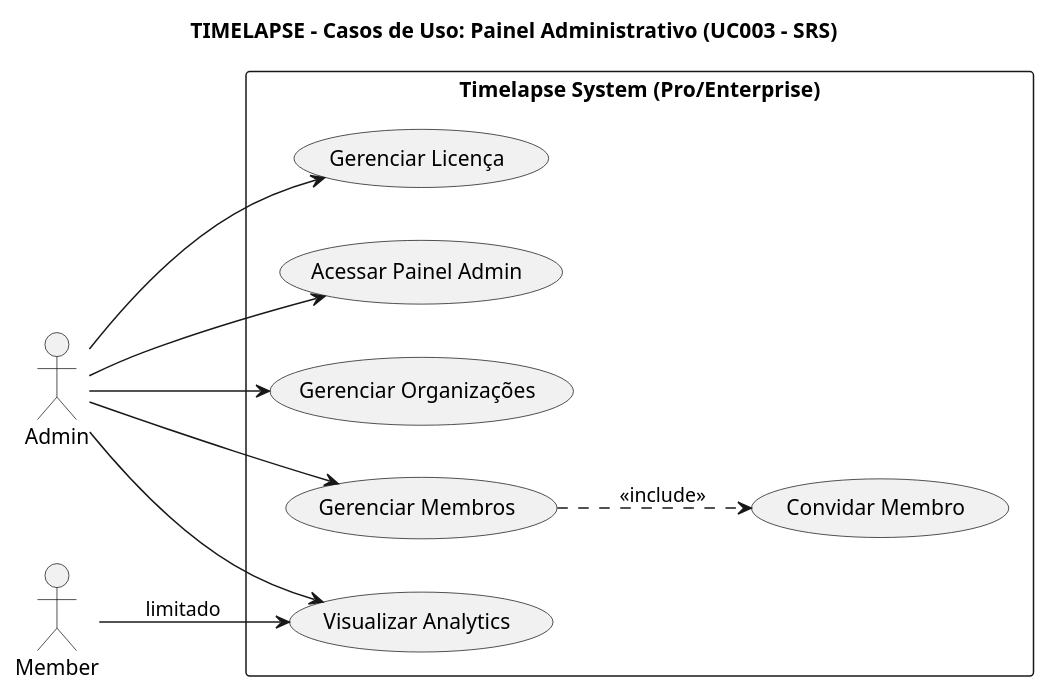
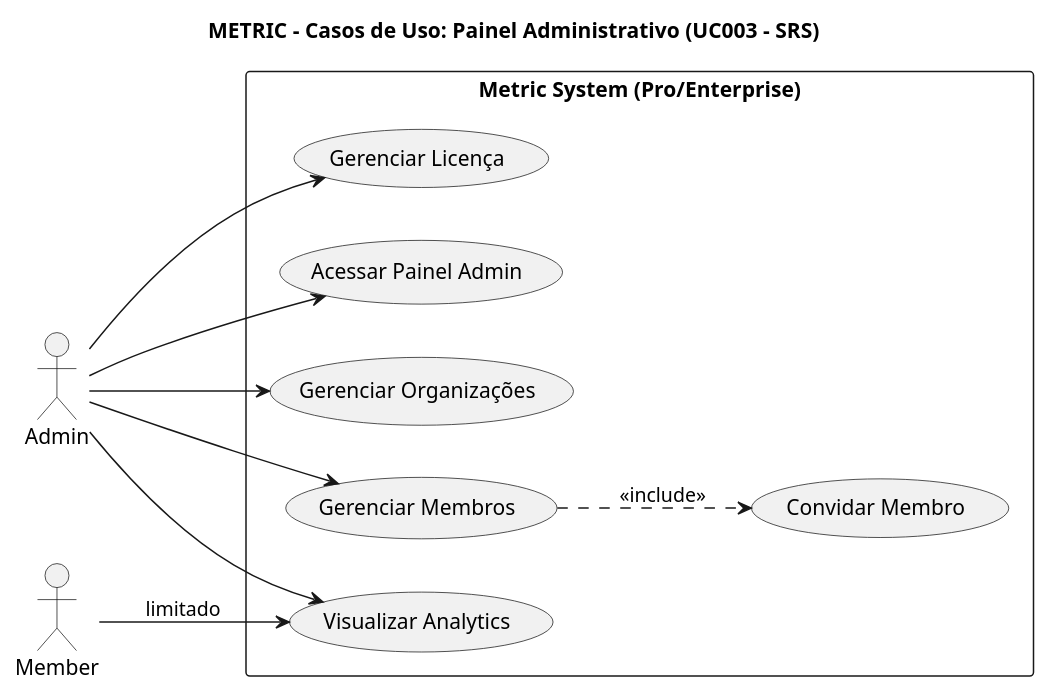
One commit to Gustavohps10/metric changed the diagram in docs/srs/diagrams/puml/uml/diagram-uml-003-use-case-panel.puml. Above: the diagram before and after it, drawn with PlantUML. The commit also changed 208 other files, not shown here.

Commit message:
chore: rename project from timelapse to metric

```diff
--- a/docs/srs/diagrams/puml/uml/diagram-uml-003-use-case-panel.puml
+++ b/docs/srs/diagrams/puml/uml/diagram-uml-003-use-case-panel.puml
@@ -1,23 +1,23 @@
 @startuml UseCasePanel
-title TIMELAPSE - Casos de Uso: Painel Administrativo (UC003 - SRS)
+title METRIC - Casos de Uso: Painel Administrativo (UC003 - SRS)
 left to right direction
 actor "Admin" as A
 actor "Member" as M
 
-rectangle "Timelapse System (Pro/Enterprise)" {
+rectangle "Metric System (Pro/Enterprise)" {
     usecase "Acessar Painel Admin" as UC1
     usecase "Gerenciar Organizações" as UC2
     usecase "Gerenciar Membros" as UC3
     usecase "Convidar Membro" as UC4
     usecase "Visualizar Analytics" as UC5
     usecase "Gerenciar Licença" as UC6
 }
 
 A --> UC1
 A --> UC2
 A --> UC3
 UC3 ..> UC4 : <<include>>
 A --> UC5
 A --> UC6
 M --> UC5 : limitado
 @enduml
```
